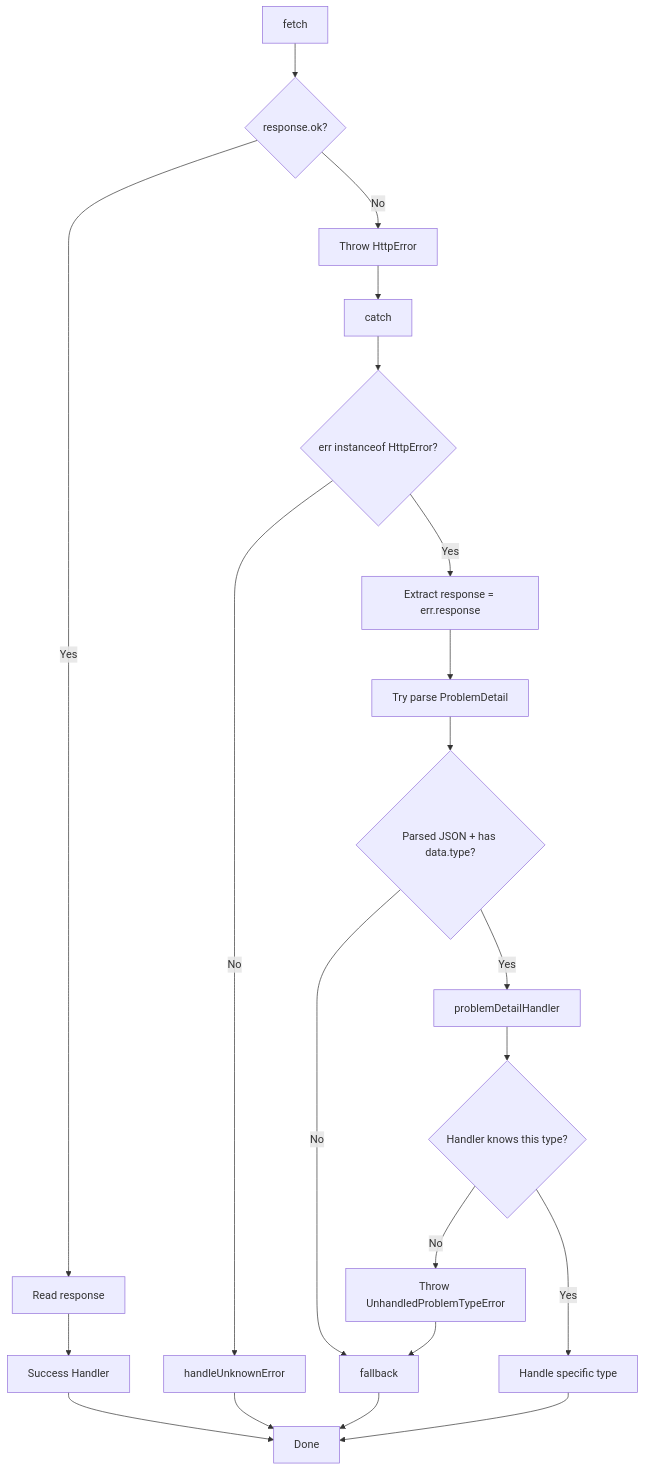
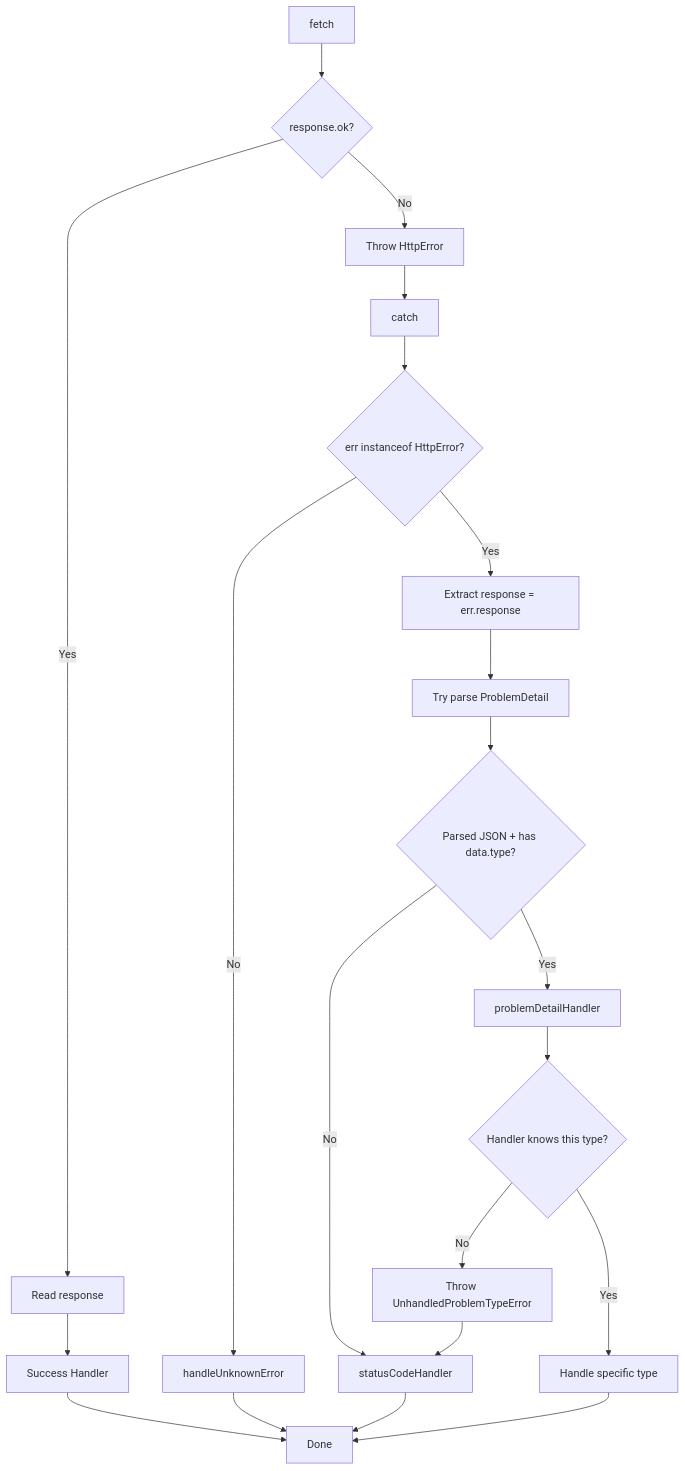
The diagram in docs/ERROR-HANDLING.md (yoav-klein/grocery), drawn with Mermaid before and after one commit.

Commit message:
Error handling

````diff
--- a/docs/ERROR-HANDLING.md
+++ b/docs/ERROR-HANDLING.md
@@ -32,32 +32,32 @@
 ```mermaid
   flowchart TD
   A[fetch] --> B{response.ok?}
 
   B -- Yes --> C[Read response]
   C --> D[Success Handler]
   D --> Z[Done]
 
   B -- No --> E[Throw HttpError]
   E --> F[catch]
   F --> G{err instanceof HttpError?}
 
   G -- No --> H[handleUnknownError]
   H --> Z
 
   G -- Yes --> I[Extract response = err.response]
   I --> J[Try parse ProblemDetail]
   J --> K{Parsed JSON + has data.type?}
 
-  K -- No --> L[fallback]
+  K -- No --> L[statusCodeHandler]
   L --> Z
 
   K -- Yes --> M[problemDetailHandler]
   M --> N{Handler knows this type?}
 
   N -- Yes --> O[Handle specific type]
   O --> Z
 
   N -- No --> P[Throw UnhandledProblemTypeError]
   P --> L
 
 ```
````
